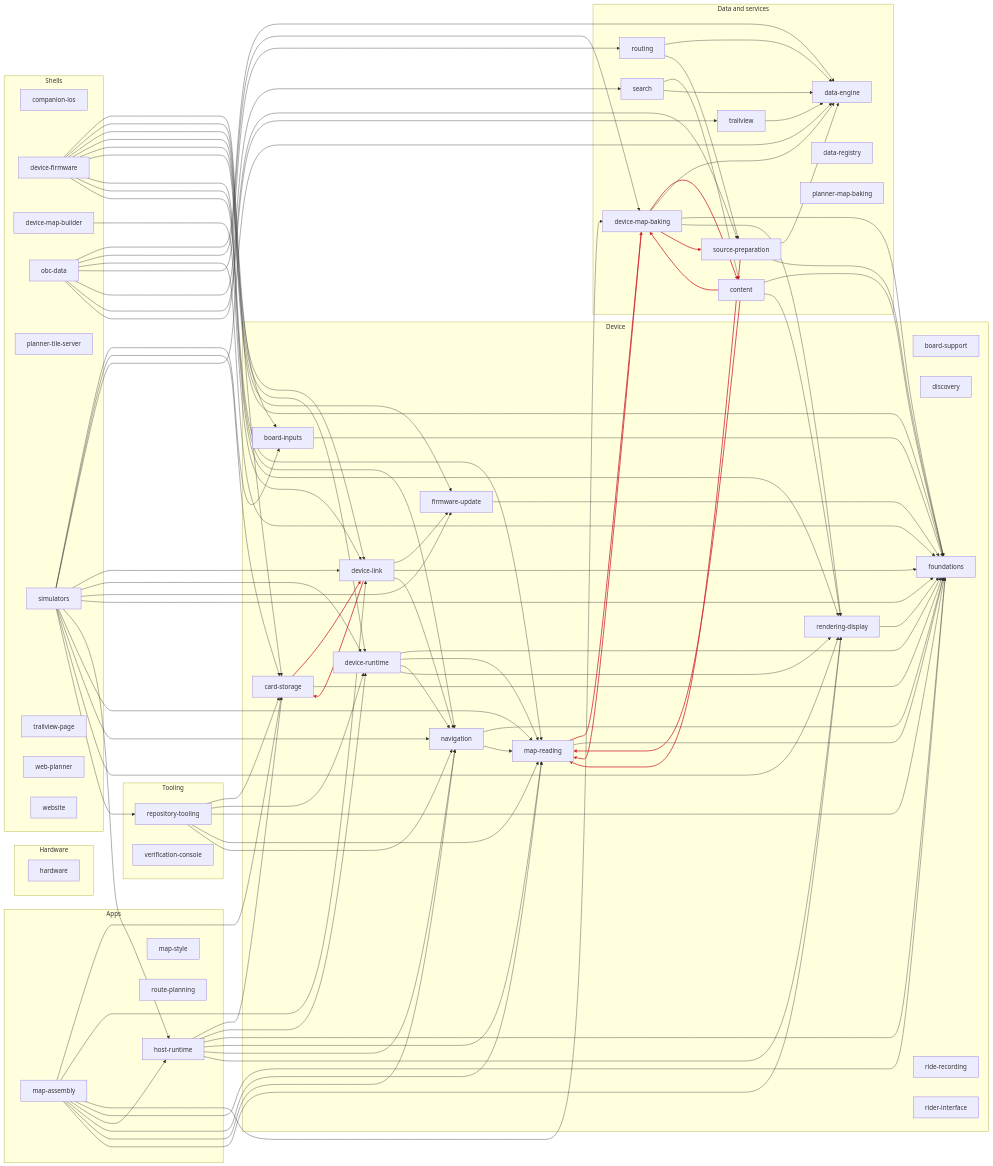
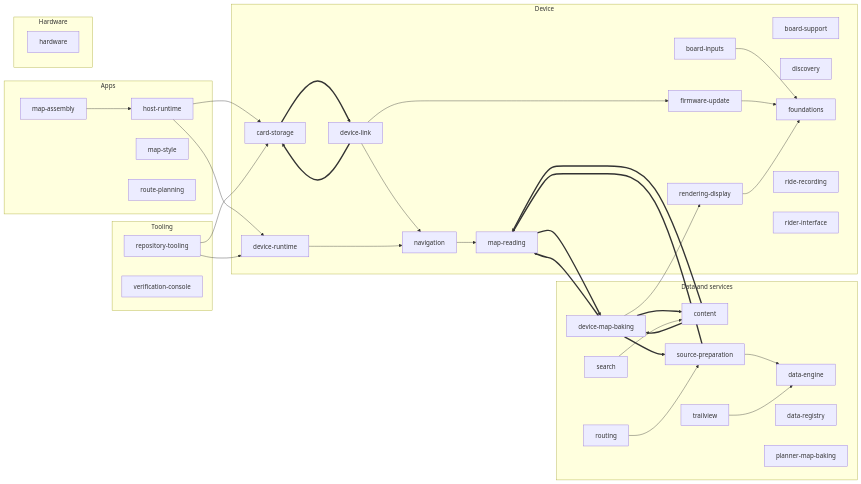
The diagram in docs/design/README.md (timohueser/OpenBikeComputer), drawn with Mermaid before and after one commit. The commit also changed other lines of this file and 7 other files, not shown here.

````diff
--- a/docs/design/README.md
+++ b/docs/design/README.md
@@ -11,137 +9,68 @@
 ```mermaid
 flowchart LR
   subgraph area0["Apps"]
-    host_runtime["host-runtime"]
-    map_assembly["map-assembly"]
-    map_style["map-style"]
-    route_planning["route-planning"]
+    s_host_runtime["host-runtime"]
+    s_map_assembly["map-assembly"]
+    s_map_style["map-style"]
+    s_route_planning["route-planning"]
   end
   subgraph area1["Data and services"]
-    content["content"]
-    data_engine["data-engine"]
-    data_registry["data-registry"]
-    device_map_baking["device-map-baking"]
-    planner_map_baking["planner-map-baking"]
-    routing["routing"]
-    search["search"]
-    source_preparation["source-preparation"]
-    trailview["trailview"]
+    s_content["content"]
+    s_data_engine["data-engine"]
+    s_data_registry["data-registry"]
+    s_device_map_baking["device-map-baking"]
+    s_planner_map_baking["planner-map-baking"]
+    s_routing["routing"]
+    s_search["search"]
+    s_source_preparation["source-preparation"]
+    s_trailview["trailview"]
   end
   subgraph area2["Device"]
-    board_inputs["board-inputs"]
-    board_support["board-support"]
-    card_storage["card-storage"]
-    device_link["device-link"]
-    device_runtime["device-runtime"]
-    discovery["discovery"]
-    firmware_update["firmware-update"]
-    foundations["foundations"]
-    map_reading["map-reading"]
-    navigation["navigation"]
-    rendering_display["rendering-display"]
-    ride_recording["ride-recording"]
-    rider_interface["rider-interface"]
+    s_board_inputs["board-inputs"]
+    s_board_support["board-support"]
+    s_card_storage["card-storage"]
+    s_device_link["device-link"]
+    s_device_runtime["device-runtime"]
+    s_discovery["discovery"]
+    s_firmware_update["firmware-update"]
+    s_foundations["foundations"]
+    s_map_reading["map-reading"]
+    s_navigation["navigation"]
+    s_rendering_display["rendering-display"]
+    s_ride_recording["ride-recording"]
+    s_rider_interface["rider-interface"]
   end
   subgraph area3["Hardware"]
-    hardware["hardware"]
+    s_hardware["hardware"]
   end
   subgraph area4["Tooling"]
-    repository_tooling["repository-tooling"]
-    verification_console["verification-console"]
+    s_repository_tooling["repository-tooling"]
+    s_verification_console["verification-console"]
   end
-  subgraph area5["Shells"]
-    companion_ios["companion-ios"]
-    device_firmware["device-firmware"]
-    device_map_builder["device-map-builder"]
-    obc_data["obc-data"]
-    planner_tile_server["planner-tile-server"]
-    simulators["simulators"]
-    trailview_page["trailview-page"]
-    web_planner["web-planner"]
-    website["website"]
-  end
-  board_inputs --> foundations
-  card_storage --> device_link
-  card_storage --> foundations
-  content --> device_map_baking
-  content --> foundations
-  content --> map_reading
-  content --> rendering_display
-  device_firmware --> board_inputs
-  device_firmware --> card_storage
-  device_firmware --> device_link
-  device_firmware --> device_runtime
-  device_firmware --> firmware_update
-  device_firmware --> foundations
-  device_firmware --> map_reading
-  device_firmware --> navigation
-  device_firmware --> rendering_display
-  device_link --> card_storage
-  device_link --> firmware_update
-  device_link --> foundations
-  device_link --> navigation
-  device_map_baking --> content
-  device_map_baking --> data_engine
-  device_map_baking --> foundations
-  device_map_baking --> map_reading
-  device_map_baking --> rendering_display
-  device_map_baking --> source_preparation
-  device_map_builder --> device_link
-  device_runtime --> foundations
-  device_runtime --> map_reading
-  device_runtime --> navigation
-  device_runtime --> rendering_display
-  firmware_update --> foundations
-  host_runtime --> card_storage
-  host_runtime --> device_runtime
-  host_runtime --> foundations
-  host_runtime --> map_reading
-  host_runtime --> navigation
-  host_runtime --> rendering_display
-  map_assembly --> card_storage
-  map_assembly --> device_link
-  map_assembly --> device_map_baking
-  map_assembly --> foundations
-  map_assembly --> host_runtime
-  map_assembly --> map_reading
-  map_assembly --> navigation
-  map_assembly --> rendering_display
-  map_reading --> device_map_baking
-  map_reading --> foundations
-  navigation --> foundations
-  navigation --> map_reading
-  obc_data --> data_engine
-  obc_data --> device_map_baking
-  obc_data --> foundations
-  obc_data --> routing
-  obc_data --> search
-  obc_data --> source_preparation
-  obc_data --> trailview
-  rendering_display --> foundations
-  repository_tooling --> card_storage
-  repository_tooling --> device_runtime
-  repository_tooling --> foundations
-  repository_tooling --> map_reading
-  repository_tooling --> navigation
-  routing --> data_engine
-  routing --> source_preparation
-  search --> content
-  search --> data_engine
-  simulators --> board_inputs
-  simulators --> card_storage
-  simulators --> data_engine
-  simulators --> device_link
-  simulators --> device_runtime
-  simulators --> firmware_update
-  simulators --> foundations
-  simulators --> host_runtime
-  simulators --> map_reading
-  simulators --> navigation
-  simulators --> rendering_display
-  simulators --> repository_tooling
-  source_preparation --> data_engine
-  source_preparation --> foundations
-  source_preparation --> map_reading
-  trailview --> data_engine
-  linkStyle 1,3,5,16,20,23,25,46,81 stroke:#d1242f,stroke-width:2px
+  s_board_inputs --> s_foundations
+  s_card_storage ==> s_device_link
+  s_content ==> s_device_map_baking
+  s_content ==> s_map_reading
+  s_device_link ==> s_card_storage
+  s_device_link --> s_firmware_update
+  s_device_link --> s_navigation
+  s_device_map_baking ==> s_content
+  s_device_map_baking ==> s_map_reading
+  s_device_map_baking --> s_rendering_display
+  s_device_map_baking ==> s_source_preparation
+  s_device_runtime --> s_navigation
+  s_firmware_update --> s_foundations
+  s_host_runtime --> s_card_storage
+  s_host_runtime --> s_device_runtime
+  s_map_assembly --> s_host_runtime
+  s_map_reading ==> s_device_map_baking
+  s_navigation --> s_map_reading
+  s_rendering_display --> s_foundations
+  s_repository_tooling --> s_card_storage
+  s_repository_tooling --> s_device_runtime
+  s_routing --> s_source_preparation
+  s_search --> s_content
+  s_source_preparation --> s_data_engine
+  s_source_preparation ==> s_map_reading
+  s_trailview --> s_data_engine
 ```
````
